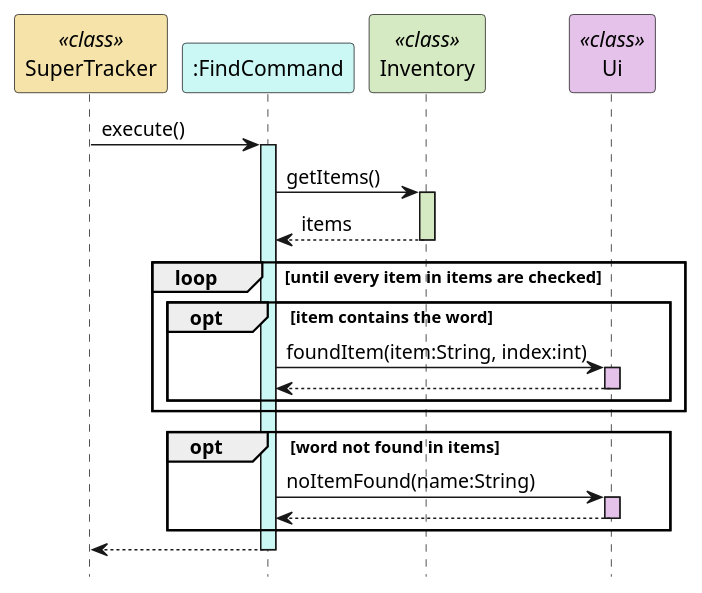
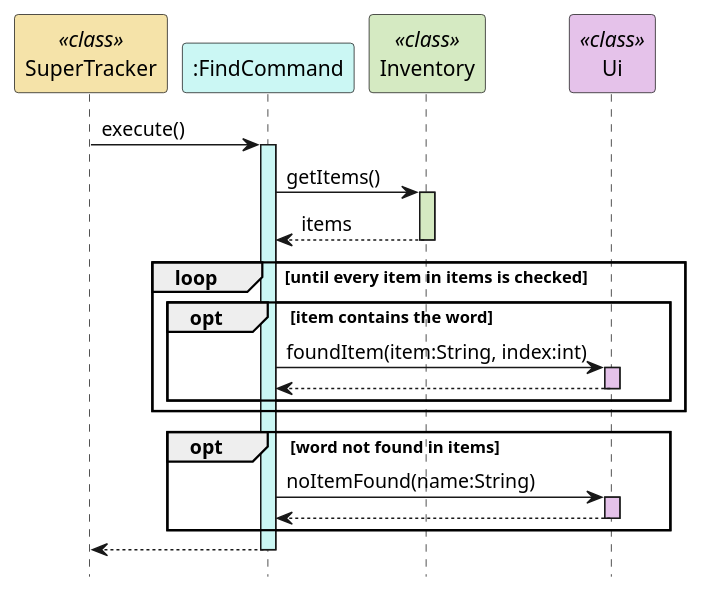
Before and after one commit to rismm/tp: the second of 2 diagrams in docs/uml-diagrams/FindCommand.puml, drawn with PlantUML. The commit also changed 8 other files, not shown here.

```diff
--- a/docs/uml-diagrams/FindCommand.puml
+++ b/docs/uml-diagrams/FindCommand.puml
@@ -42,34 +42,34 @@
 @startuml
 hide footbox
 participant "SuperTracker" as SuperTracker <<class>> #f5e3a9
 participant ":FindCommand" as FindCommand #cbf7f4
 participant "Inventory" as Inventory <<class>> #d5eac2
 participant "Ui" as Ui <<class>> #e5c2ea
 
 SuperTracker -> FindCommand : execute()
 activate FindCommand #cbf7f4
 
 FindCommand -> Inventory : getItems()
 activate Inventory #d5eac2
 Inventory --> FindCommand : items
 deactivate Inventory
 
-loop until every item in items are checked
+loop until every item in items is checked
     opt item contains the word
     FindCommand -> Ui : foundItem(item:String, index:int)
     activate Ui #e5c2ea
     Ui --> FindCommand
     deactivate Ui
     end
 end
 
 opt word not found in items
 FindCommand -> Ui : noItemFound(name:String)
 activate Ui #e5c2ea
 Ui --> FindCommand
 deactivate Ui
 end
 
 FindCommand --> SuperTracker
 deactivate FindCommand
 @enduml
```
